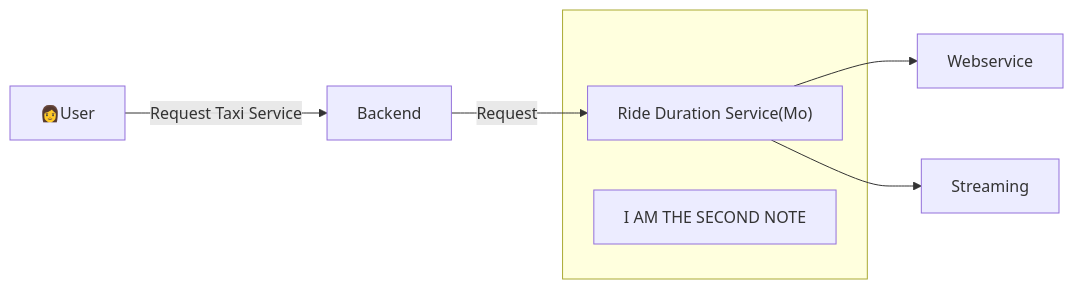
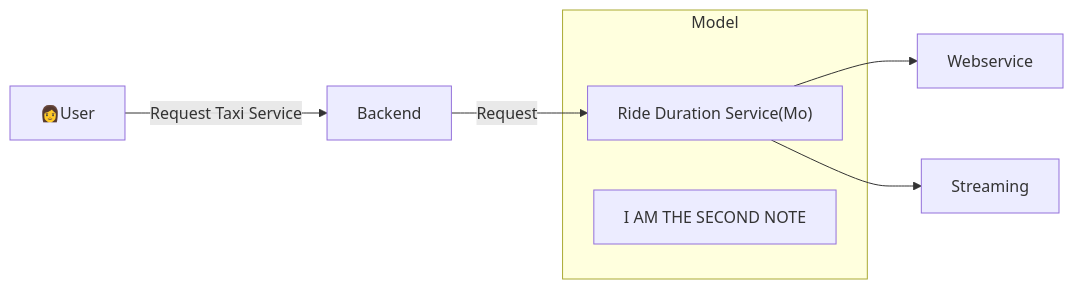
Before and after one commit to mossdet/mlops-dlp: the second of 2 diagrams in week04/README.md, drawn with Mermaid.

````diff
--- a/week04/README.md
+++ b/week04/README.md
@@ -25,15 +25,15 @@
 ```mermaid
 graph LR
     classDef sub opacity:0
     classDef note fill:#ffd, stroke:#ccb
 
     User[👩User]--> |Request Taxi Service| Backend[Backend]
     Backend--> |Request| RideDurationService["Ride Duration Service(Mo)"]    
     RideDurationService--> WebService[Webservice]
     RideDurationService--> Streaming[Streaming]
 
-    subgraph subRideDurationService [" "]
+    subgraph subRideDurationService ["Model"]
         RideDurationService
         noteRideDurationService[I AM THE SECOND NOTE]
     end
 ```
````
